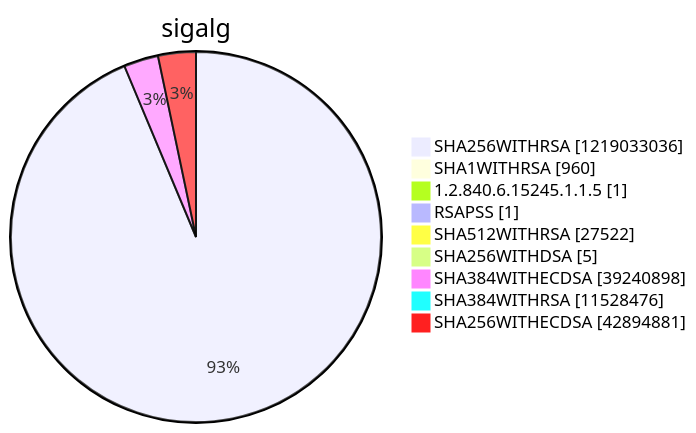
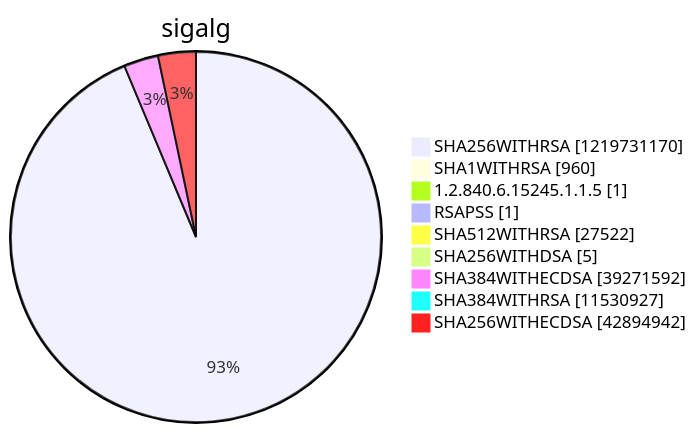
Diagram 15 of 15 in argon2022/README.md (christiankrug/ctmonitor_visualization), drawn with Mermaid before and after one commit. The commit also changed other lines of this file, not shown here.

````diff
--- a/argon2022/README.md
+++ b/argon2022/README.md
@@ -5521,13 +5521,13 @@
 ```mermaid
 pie showData
 title sigalg
-"SHA256WITHRSA" :1219033036
+"SHA256WITHRSA" :1219731170
 "SHA1WITHRSA" :960
 "1.2.840.6.15245.1.1.5" :1
 "RSAPSS" :1
 "SHA512WITHRSA" :27522
 "SHA256WITHDSA" :5
-"SHA384WITHECDSA" :39240898
-"SHA384WITHRSA" :11528476
-"SHA256WITHECDSA" :42894881
+"SHA384WITHECDSA" :39271592
+"SHA384WITHRSA" :11530927
+"SHA256WITHECDSA" :42894942
 ```
````
